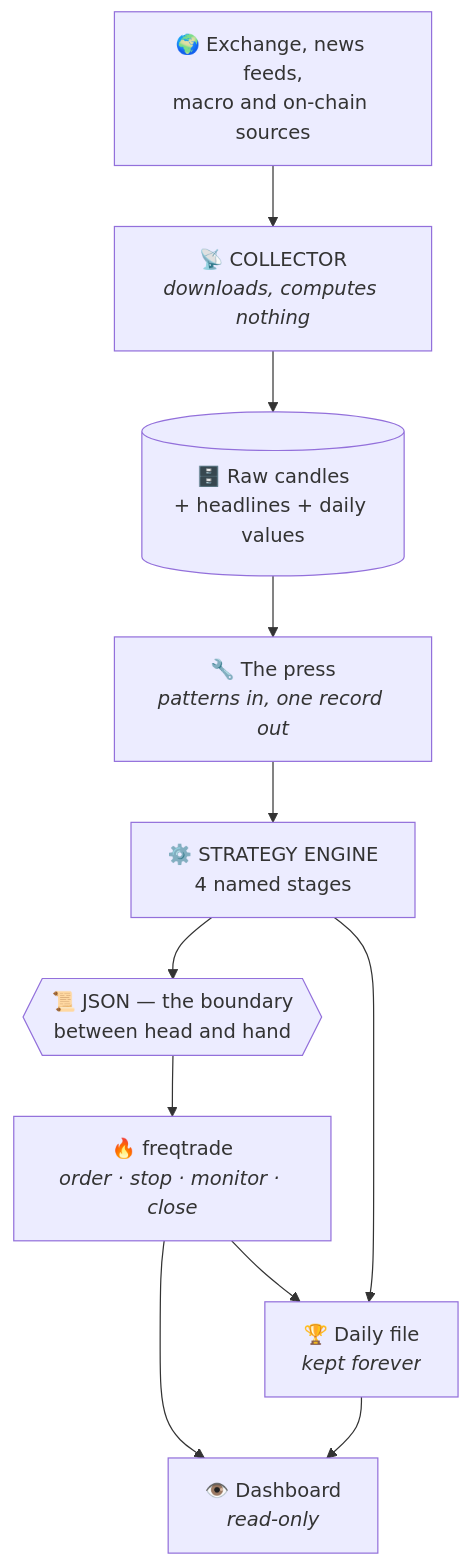
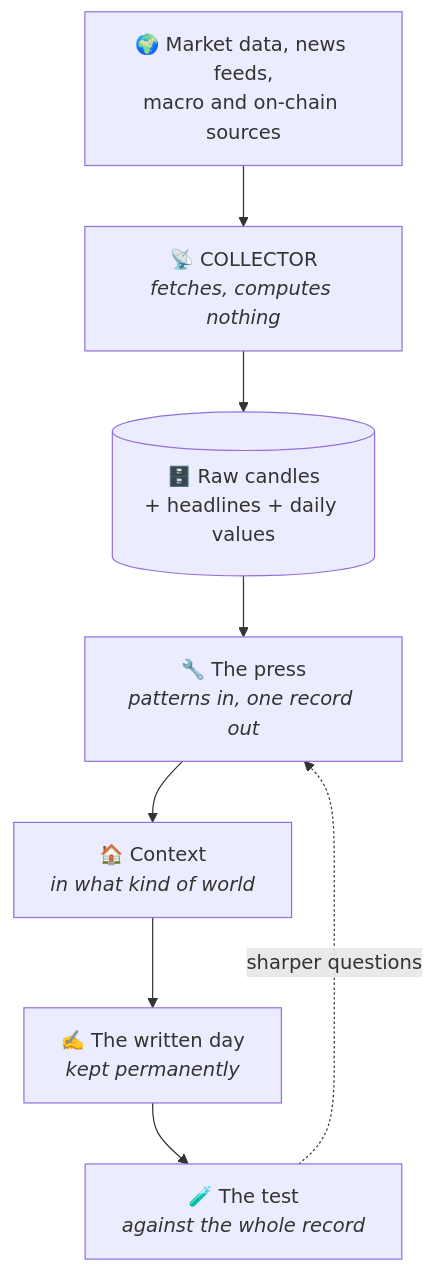
Before and after one commit to orbilob/orbitron-public: the diagram in 03 — THE SYSTEM/The chain.md, drawn with Mermaid. The commit also changed other lines of this file and 24 other files, not shown here.

````diff
--- a/03 — THE SYSTEM/The chain.md
+++ b/03 — THE SYSTEM/The chain.md
@@ -12,18 +12,13 @@
 ```mermaid
 flowchart TD
-    EX["🌍 Exchange, news feeds,<br/>macro and on-chain sources"]
-    COL["📡 COLLECTOR<br/><i>downloads, computes nothing</i>"]
+    SRC["🌍 Market data, news feeds,<br/>macro and on-chain sources"]
+    COL["📡 COLLECTOR<br/><i>fetches, computes nothing</i>"]
     DB[("🗄️ Raw candles<br/>+ headlines + daily values")]
     PRESS["🔧 The press<br/><i>patterns in, one record out</i>"]
-    ENG["⚙️ STRATEGY ENGINE<br/>4 named stages"]
-    JSON{{"📜 JSON — the boundary<br/>between head and hand"}}
-    BOT["🔥 freqtrade<br/><i>order · stop · monitor · close</i>"]
-    ARCH["🏆 Daily file<br/><i>kept forever</i>"]
-    VIEW["👁️ Dashboard<br/><i>read-only</i>"]
+    CTX["🏠 Context<br/><i>in what kind of world</i>"]
+    ARCH["✍️ The written day<br/><i>kept permanently</i>"]
+    TEST["🧪 The test<br/><i>against the whole record</i>"]
 
-    EX --> COL --> DB --> PRESS --> ENG --> JSON --> BOT
-    BOT --> ARCH
-    ENG --> ARCH
-    BOT --> VIEW
-    ARCH --> VIEW
+    SRC --> COL --> DB --> PRESS --> CTX --> ARCH --> TEST
+    TEST -.->|"sharper questions"| PRESS
 ```
````
